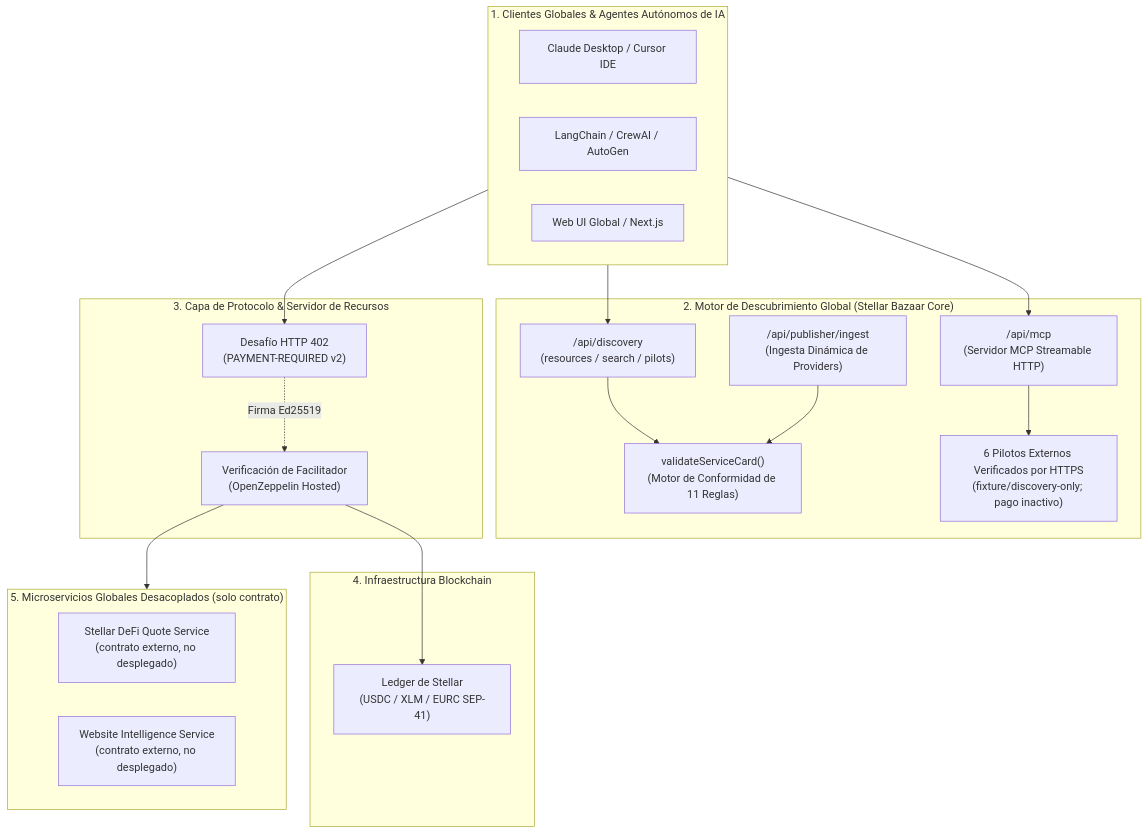
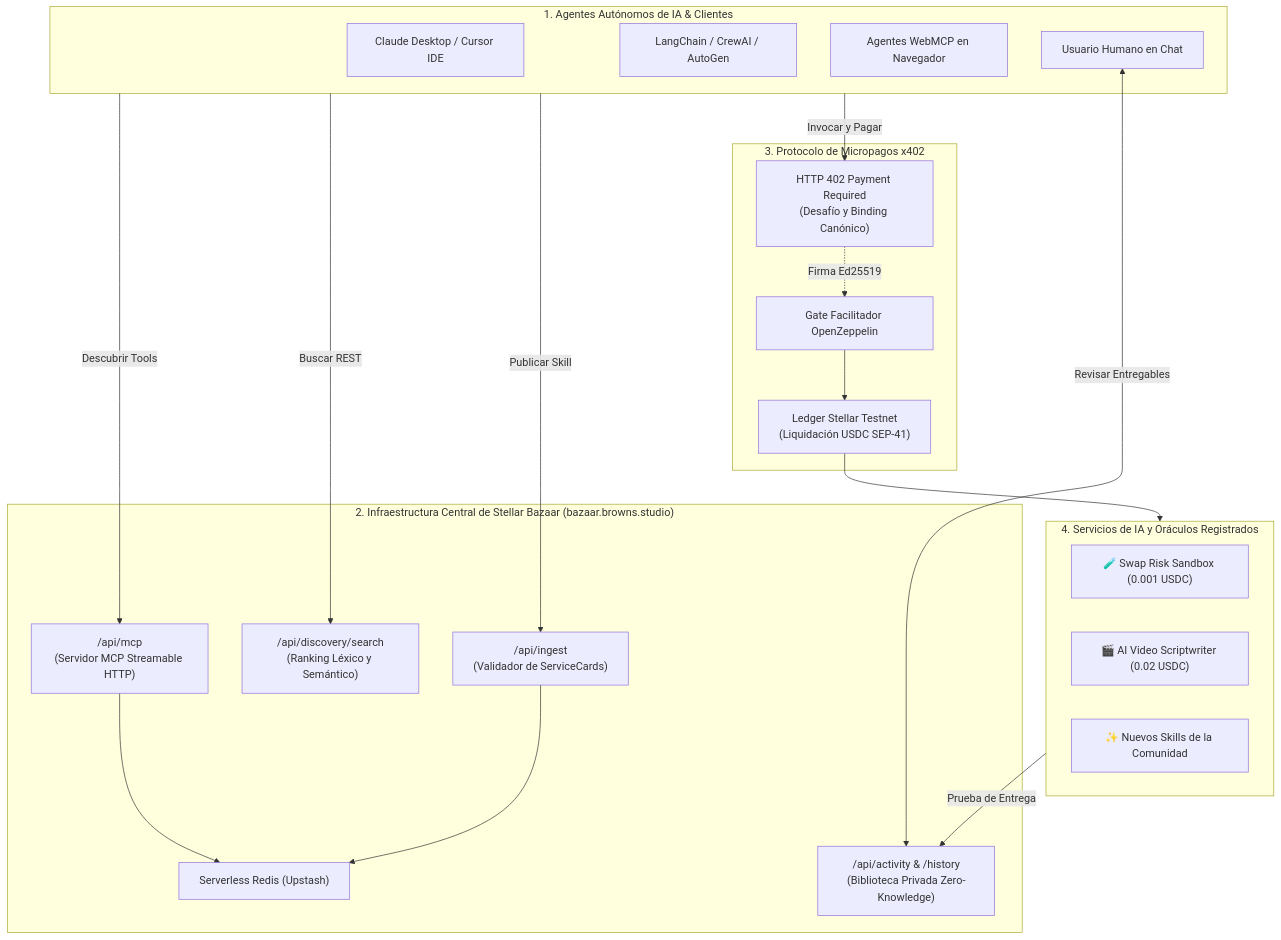
The diagram in README.es.md (CaBsCrypto/stellar-bazaar-x402), drawn with Mermaid before and after one commit. The commit also changed other lines of this file and 1 other file, not shown here.

Commit message:
docs: modernize and update README.md and README.es.md with production URL and MCP specs

````diff
--- a/README.es.md
+++ b/README.es.md
@@ -55,41 +83,42 @@
 ```mermaid
 flowchart TD
-    subgraph Clients["1. Clientes Globales & Agentes Autónomos de IA"]
+    subgraph Agents["1. Agentes Autónomos de IA & Clientes"]
         Claude["Claude Desktop / Cursor IDE"]
         LangChain["LangChain / CrewAI / AutoGen"]
-        WebUI["Web UI Global / Next.js"]
+        WebAgents["Agentes WebMCP en Navegador"]
+        HumanChat["Usuario Humano en Chat"]
     end
 
-    subgraph Bazaar["2. Motor de Descubrimiento Global (Stellar Bazaar Core)"]
+    subgraph BazaarCore["2. Infraestructura Central de Stellar Bazaar (bazaar.browns.studio)"]
         MCPServer["/api/mcp<br/>(Servidor MCP Streamable HTTP)"]
-        RESTDiscovery["/api/discovery<br/>(resources / search / pilots)"]
-        Validator["validateServiceCard()<br/>(Motor de Conformidad de 11 Reglas)"]
-        DynamicRegistry["/api/publisher/ingest<br/>(Ingesta Dinámica de Providers)"]
-        PilotCatalog["6 Pilotos Externos Verificados por HTTPS<br/>(fixture/discovery-only; pago inactivo)"]
+        RESTDiscovery["/api/discovery/search<br/>(Ranking Léxico y Semántico)"]
+        IngestAPI["/api/ingest<br/>(Validador de ServiceCards)"]
+        HistoryEngine["/api/activity & /history<br/>(Biblioteca Privada Zero-Knowledge)"]
+        Storage["Serverless Redis (Upstash)"]
     end
 
-    subgraph x402Layer["3. Capa de Protocolo & Servidor de Recursos"]
-        Challenge402["Desafío HTTP 402<br/>(PAYMENT-REQUIRED v2)"]
-        FacilitatorGate["Verificación de Facilitador<br/>(OpenZeppelin Hosted)"]
+    subgraph x402Protocol["3. Protocolo de Micropagos x402"]
+        Challenge402["HTTP 402 Payment Required<br/>(Desafío y Binding Canónico)"]
+        Facilitator["Gate Facilitador OpenZeppelin"]
+        StellarTestnet["Ledger Stellar Testnet<br/>(Liquidación USDC SEP-41)"]
     end
 
-    subgraph Settlement["4. Infraestructura Blockchain"]
-        Testnet["Ledger de Stellar<br/>(USDC / XLM / EURC SEP-41)"]
+    subgraph Services["4. Servicios de IA y Oráculos Registrados"]
+        Sandbox["🧪 Swap Risk Sandbox (0.001 USDC)"]
+        VideoScript["🎬 AI Video Scriptwriter (0.02 USDC)"]
+        CommunityServices["✨ Nuevos Skills de la Comunidad"]
     end
 
-    subgraph Providers["5. Microservicios Globales Desacoplados (solo contrato)"]
-        DeFiService["Stellar DeFi Quote Service<br/>(contrato externo, no desplegado)"]
-        WebIntelService["Website Intelligence Service<br/>(contrato externo, no desplegado)"]
-    end
+    Agents -->|Descubrir Tools| MCPServer
+    Agents -->|Buscar REST| RESTDiscovery
+    Agents -->|Publicar Skill| IngestAPI
+    IngestAPI --> Storage
+    MCPServer --> Storage
 
-    Clients --> MCPServer
-    Clients --> RESTDiscovery
-    RESTDiscovery --> Validator
-    MCPServer --> PilotCatalog
-    DynamicRegistry --> Validator
-
-    Clients --> Challenge402
-    Challenge402 -. "Firma Ed25519" .-> FacilitatorGate
-    FacilitatorGate --> Testnet
-    FacilitatorGate --> Providers
+    Agents -->|Invocar y Pagar| Challenge402
+    Challenge402 -. "Firma Ed25519" .-> Facilitator
+    Facilitator --> StellarTestnet
+    StellarTestnet --> Services
+    Services -->|Prueba de Entrega| HistoryEngine
+    HumanChat <-->|Revisar Entregables| HistoryEngine
 ```
````
